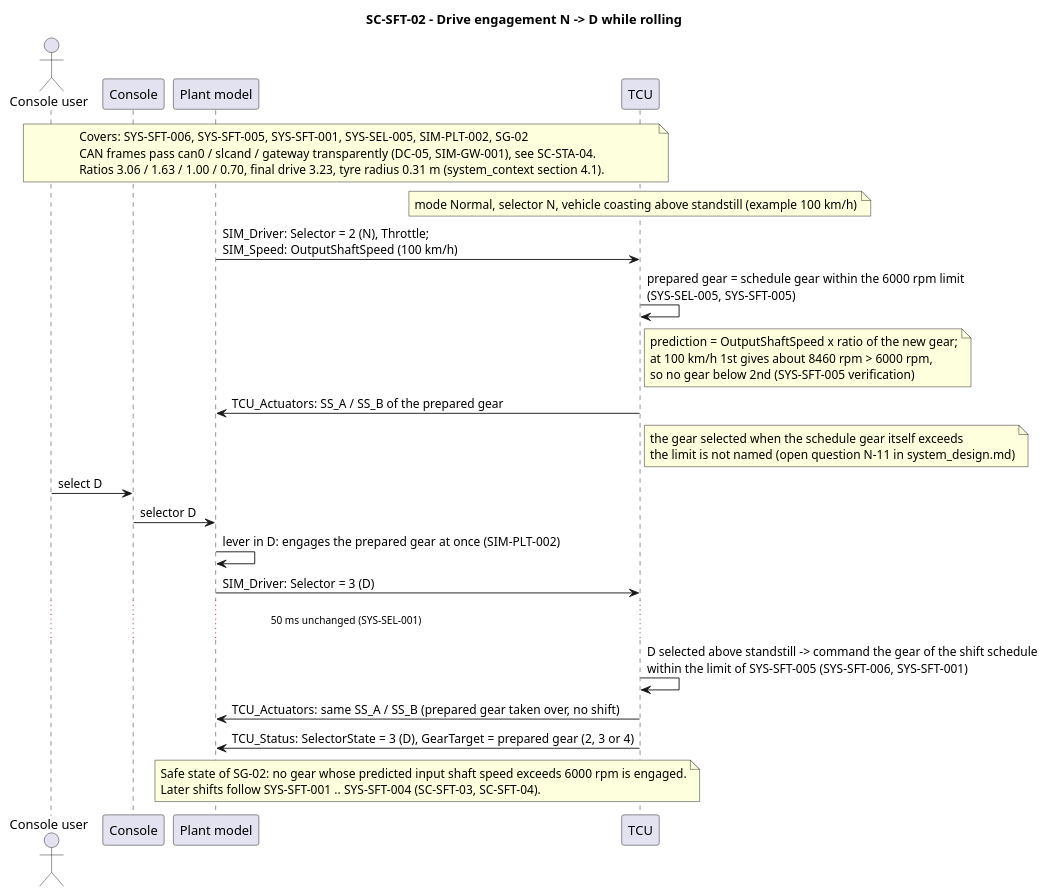
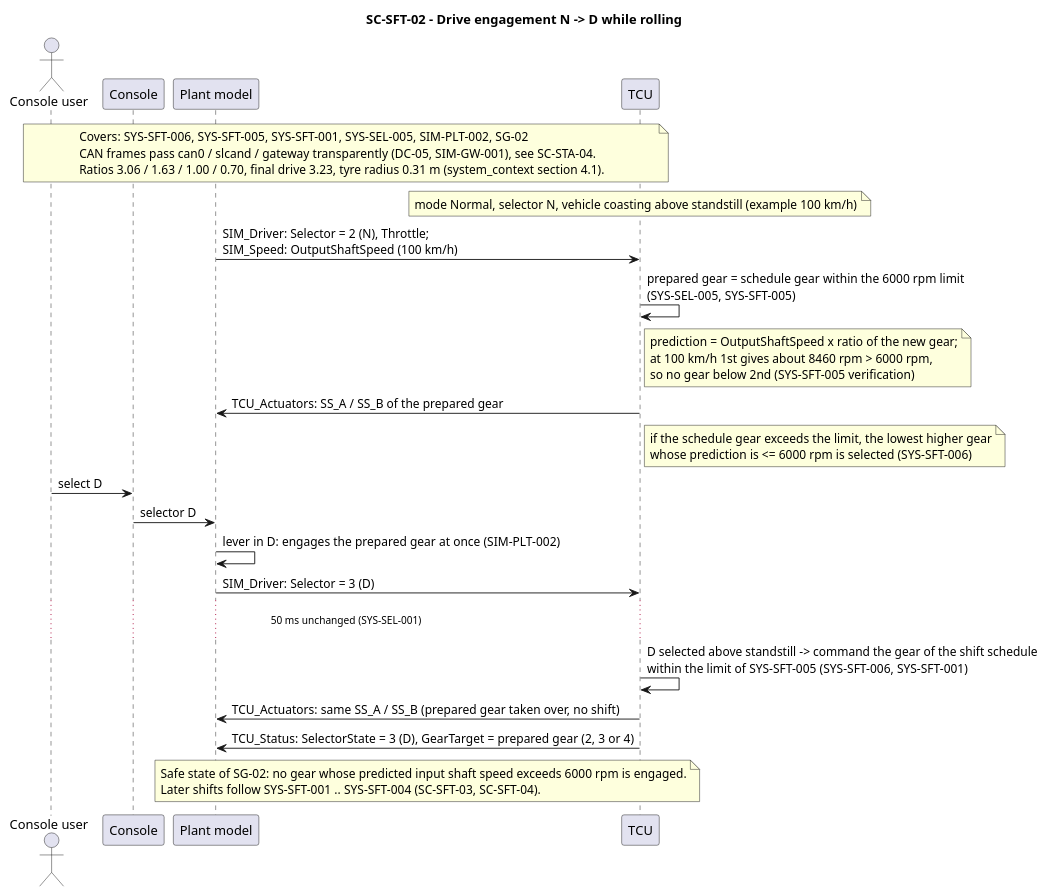
The diagram in docs/architecture/system/diagrams/seq_sft_engage_rolling.puml (cavoidcodon/xAT), drawn with PlantUML before and after one commit. The commit also changed 16 other files, not shown here.

First line of the commit message:
Update system design for spec findings N-01..N-11 (TASK-026)

```diff
--- a/docs/architecture/system/diagrams/seq_sft_engage_rolling.puml
+++ b/docs/architecture/system/diagrams/seq_sft_engage_rolling.puml
@@ -1,35 +1,35 @@
 @startuml seq_sft_engage_rolling
 title SC-SFT-02 - Drive engagement N -> D while rolling
 
 actor "Console user" as User
 participant "Console" as Console
 participant "Plant model" as Plant
 participant "TCU" as TCU
 
 note over User, TCU
 Covers: SYS-SFT-006, SYS-SFT-005, SYS-SFT-001, SYS-SEL-005, SIM-PLT-002, SG-02
 CAN frames pass can0 / slcand / gateway transparently (DC-05, SIM-GW-001), see SC-STA-04.
 Ratios 3.06 / 1.63 / 1.00 / 0.70, final drive 3.23, tyre radius 0.31 m (system_context section 4.1).
 end note
 
 note over TCU: mode Normal, selector N, vehicle coasting above standstill (example 100 km/h)
 Plant -> TCU : SIM_Driver: Selector = 2 (N), Throttle;\nSIM_Speed: OutputShaftSpeed (100 km/h)
 TCU -> TCU : prepared gear = schedule gear within the 6000 rpm limit\n(SYS-SEL-005, SYS-SFT-005)
 note right of TCU: prediction = OutputShaftSpeed x ratio of the new gear;\nat 100 km/h 1st gives about 8460 rpm > 6000 rpm,\nso no gear below 2nd (SYS-SFT-005 verification)
 TCU -> Plant : TCU_Actuators: SS_A / SS_B of the prepared gear
-note right of TCU: the gear selected when the schedule gear itself exceeds\nthe limit is not named (open question N-11 in system_design.md)
+note right of TCU: if the schedule gear exceeds the limit, the lowest higher gear\nwhose prediction is <= 6000 rpm is selected (SYS-SFT-006)
 
 User -> Console : select D
 Console -> Plant : selector D
 Plant -> Plant : lever in D: engages the prepared gear at once (SIM-PLT-002)
 Plant -> TCU : SIM_Driver: Selector = 3 (D)
 ... 50 ms unchanged (SYS-SEL-001) ...
 TCU -> TCU : D selected above standstill -> command the gear of the shift schedule\nwithin the limit of SYS-SFT-005 (SYS-SFT-006, SYS-SFT-001)
 TCU -> Plant : TCU_Actuators: same SS_A / SS_B (prepared gear taken over, no shift)
 TCU -> Plant : TCU_Status: SelectorState = 3 (D), GearTarget = prepared gear (2, 3 or 4)
 
 note over Plant, TCU
 Safe state of SG-02: no gear whose predicted input shaft speed exceeds 6000 rpm is engaged.
 Later shifts follow SYS-SFT-001 .. SYS-SFT-004 (SC-SFT-03, SC-SFT-04).
 end note
 @enduml
```
